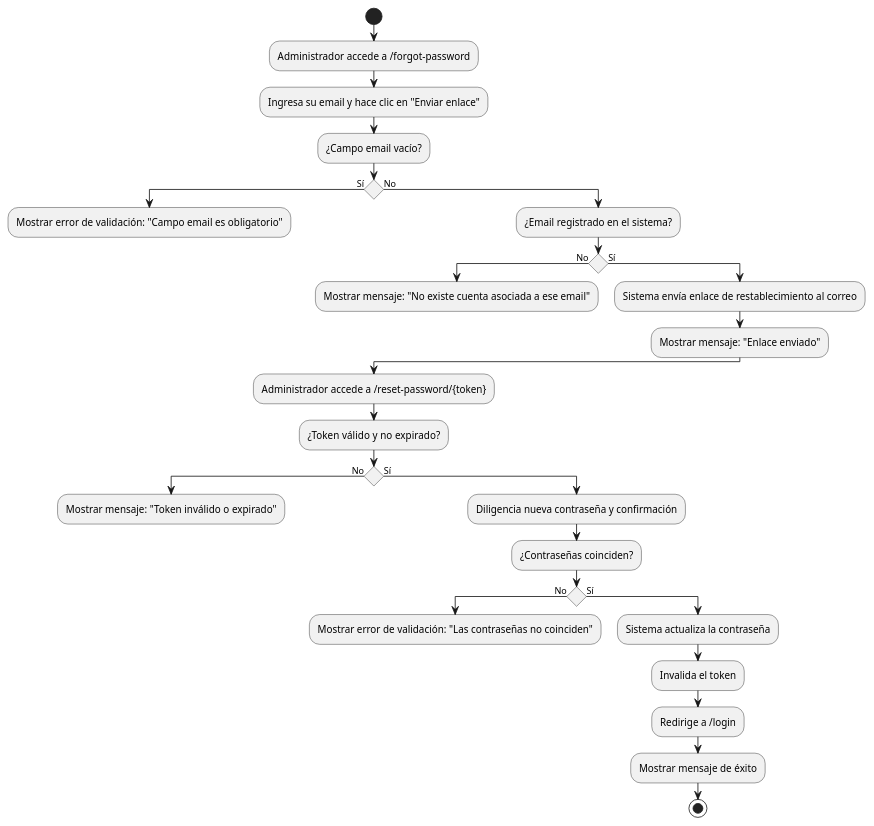
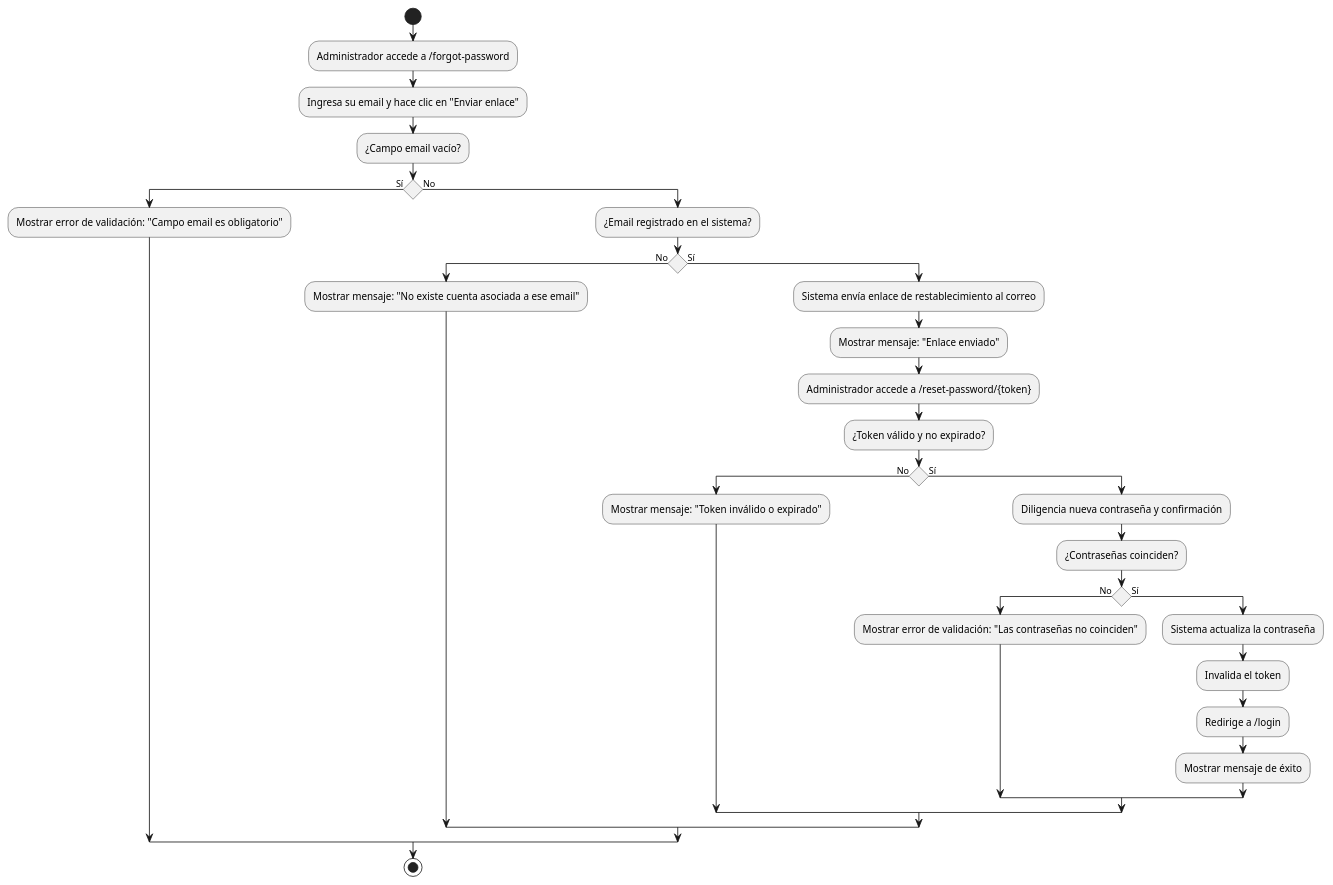
Before and after one commit to MasterErrorCLONE04/SIGERD.1.0: the diagram in document/diagrama_actividades/ADM/ADM-3.md, drawn with PlantUML. The commit also changed 28 other files, not shown here.

````diff
--- a/document/diagrama_actividades/ADM/ADM-3.md
+++ b/document/diagrama_actividades/ADM/ADM-3.md
@@ -20,48 +20,44 @@
 ```plantuml
 @startuml
 skinparam ConditionEndStyle hline
 
 start
 
 :Administrador accede a /forgot-password;
 :Ingresa su email y hace clic en "Enviar enlace";
 
 :¿Campo email vacío?;
 if () then (Sí)
   :Mostrar error de validación: "Campo email es obligatorio";
-  kill
 else (No)
   :¿Email registrado en el sistema?;
   if () then (No)
     :Mostrar mensaje: "No existe cuenta asociada a ese email";
-    kill
   else (Sí)
     :Sistema envía enlace de restablecimiento al correo;
     :Mostrar mensaje: "Enlace enviado";
+    
+    :Administrador accede a /reset-password/{token};
+    
+    :¿Token válido y no expirado?;
+    if () then (No)
+      :Mostrar mensaje: "Token inválido o expirado";
+    else (Sí)
+      :Diligencia nueva contraseña y confirmación;
+      
+      :¿Contraseñas coinciden?;
+      if () then (No)
+        :Mostrar error de validación: "Las contraseñas no coinciden";
+      else (Sí)
+        :Sistema actualiza la contraseña;
+        :Invalida el token;
+        :Redirige a /login;
+        :Mostrar mensaje de éxito;
+      endif
+    endif
   endif
 endif
 
-:Administrador accede a /reset-password/{token};
-
-:¿Token válido y no expirado?;
-if () then (No)
-  :Mostrar mensaje: "Token inválido o expirado";
-  kill
-else (Sí)
-  :Diligencia nueva contraseña y confirmación;
-  
-  :¿Contraseñas coinciden?;
-  if () then (No)
-    :Mostrar error de validación: "Las contraseñas no coinciden";
-    kill
-  else (Sí)
-    :Sistema actualiza la contraseña;
-    :Invalida el token;
-    :Redirige a /login;
-    :Mostrar mensaje de éxito;
-    stop
-  endif
-endif
-
+stop
 @enduml
 ```
````
